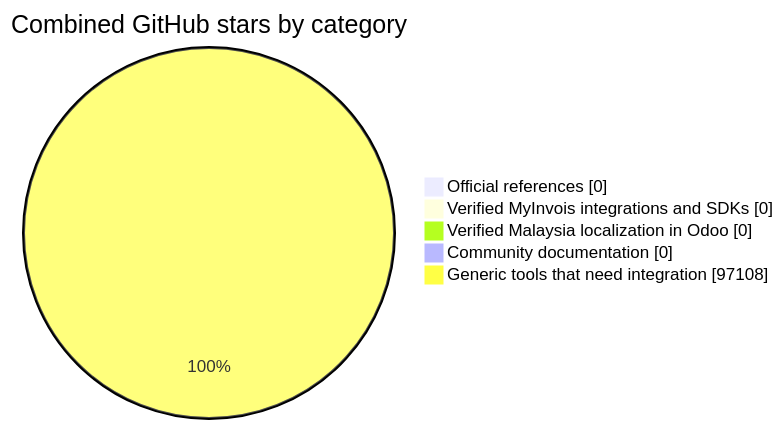
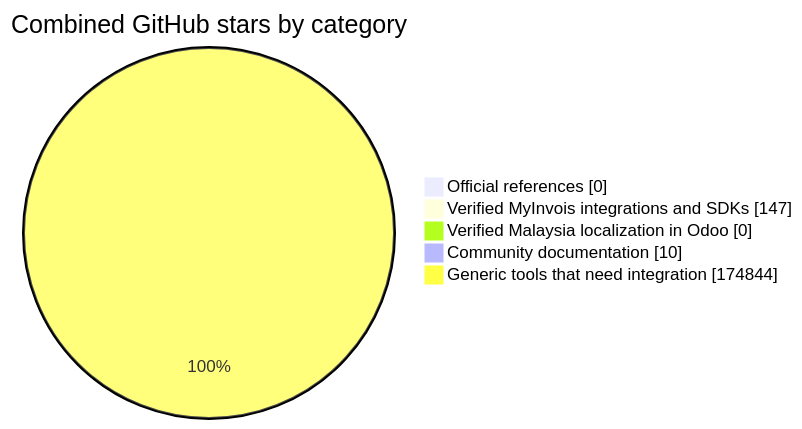
Before and after one commit to EdisonTKPcom/Awesome-Craft-Malaysia: the diagram in README.md, drawn with Mermaid. The commit also changed other lines of this file, not shown here.

````diff
--- a/README.md
+++ b/README.md
@@ -54,9 +64,9 @@
 ```mermaid
 pie showData
     title Combined GitHub stars by category
     "Official references" : 0
-    "Verified MyInvois integrations and SDKs" : 0
+    "Verified MyInvois integrations and SDKs" : 147
     "Verified Malaysia localization in Odoo" : 0
-    "Community documentation" : 0
-    "Generic tools that need integration" : 97108
+    "Community documentation" : 10
+    "Generic tools that need integration" : 174844
 ```
````
